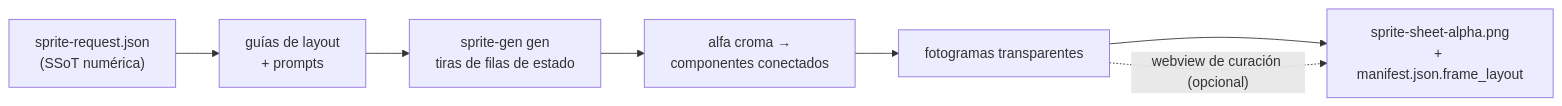
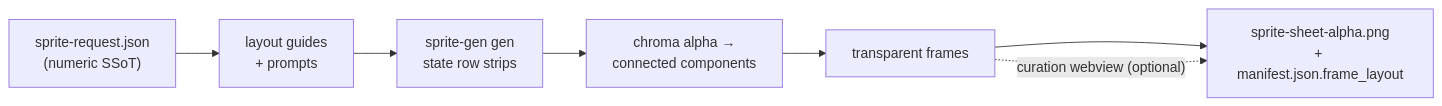
The diagram in README.es.md (aldegad/sprite-gen), drawn with Mermaid before and after one commit. The commit also changed other lines of this file and 4 other files, not shown here.

````diff
--- a/README.es.md
+++ b/README.es.md
@@ -25,9 +25,9 @@
 ```mermaid
 flowchart LR
-    REQ["sprite-request.json<br/>(SSoT numérica)"] --> GUIDES["guías de layout<br/>+ prompts"]
-    GUIDES --> GEN["sprite-gen gen<br/>tiras de filas de estado"]
-    GEN --> EXTRACT["alfa croma →<br/>componentes conectados"]
-    EXTRACT --> FRAMES["fotogramas transparentes"]
+    REQ["sprite-request.json<br/>(numeric SSoT)"] --> GUIDES["layout guides<br/>+ prompts"]
+    GUIDES --> GEN["sprite-gen gen<br/>state row strips"]
+    GEN --> EXTRACT["chroma alpha →<br/>connected components"]
+    EXTRACT --> FRAMES["transparent frames"]
     FRAMES --> ATLAS["sprite-sheet-alpha.png<br/>+ manifest.json.frame_layout"]
-    FRAMES -. "webview de curación (opcional)" .-> ATLAS
+    FRAMES -. "curation webview (optional)" .-> ATLAS
 ```
````
